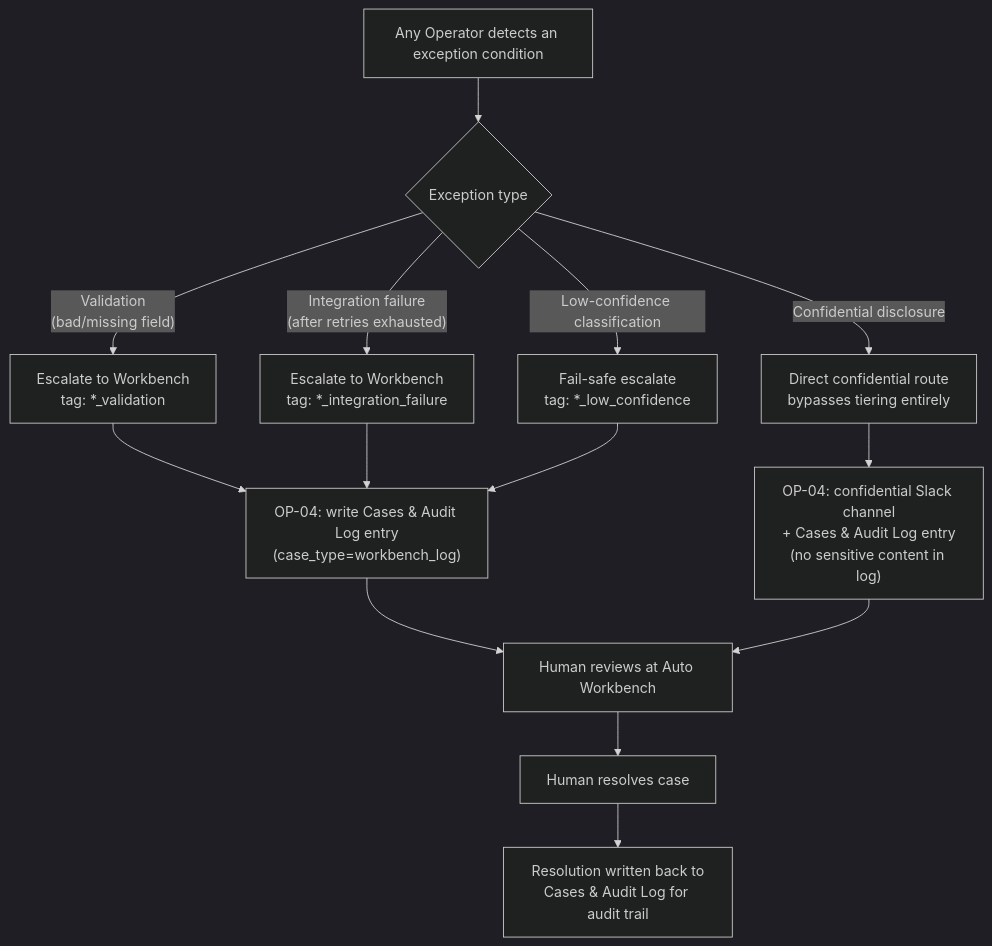
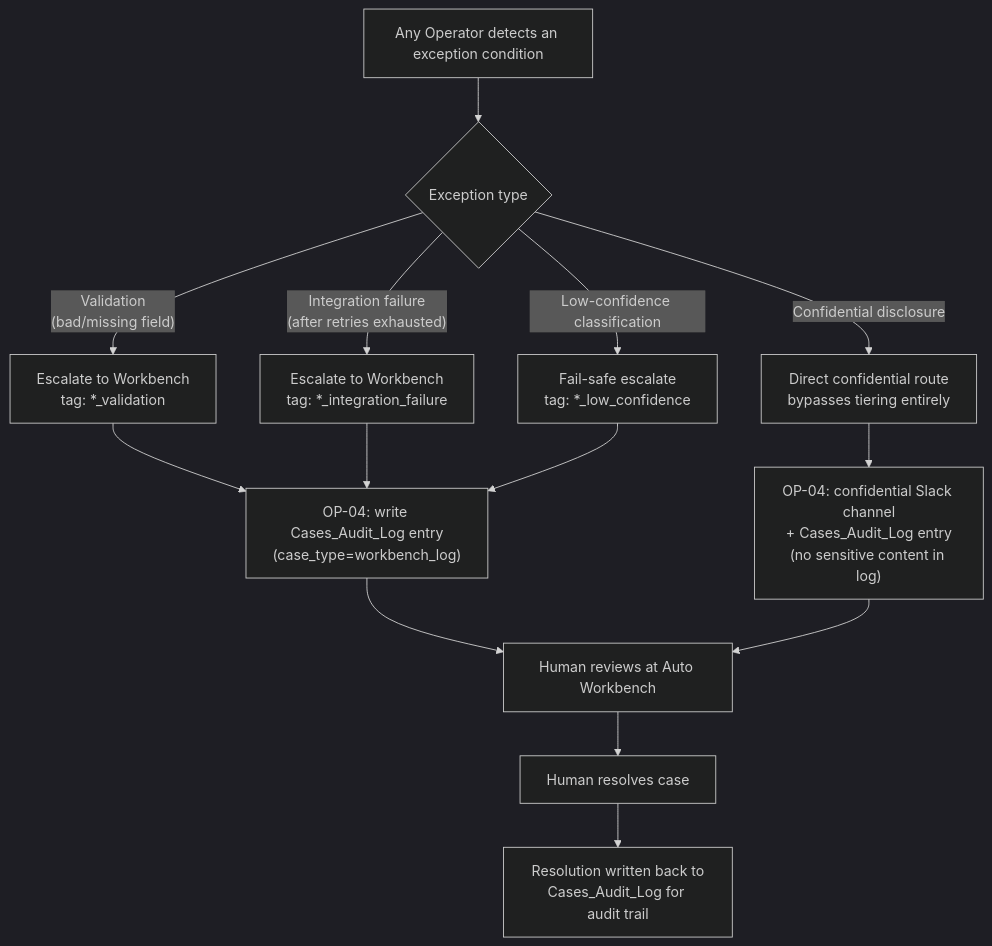
The second of 2 diagrams in docs/DATA_FLOW.md (veinsan/supervity-ai-employee), drawn with Mermaid (dark theme) before and after one commit. The commit also changed other lines of this file and 11 other files, not shown here.

````diff
--- a/docs/DATA_FLOW.md
+++ b/docs/DATA_FLOW.md
@@ -173,18 +173,18 @@
 ```mermaid
 flowchart TD
     START["Any Operator detects an exception condition"] --> TYPE{"Exception type"}
     TYPE -->|"Validation<br/>(bad/missing field)"| ESC1["Escalate to Workbench<br/>tag: *_validation"]
     TYPE -->|"Integration failure<br/>(after retries exhausted)"| ESC2["Escalate to Workbench<br/>tag: *_integration_failure"]
     TYPE -->|"Low-confidence classification"| ESC3["Fail-safe escalate<br/>tag: *_low_confidence"]
     TYPE -->|"Confidential disclosure"| ESC4["Direct confidential route<br/>bypasses tiering entirely"]
 
-    ESC1 --> LOG["OP-04: write Cases & Audit Log entry<br/>(case_type=workbench_log)"]
+    ESC1 --> LOG["OP-04: write Cases_Audit_Log entry<br/>(case_type=workbench_log)"]
     ESC2 --> LOG
     ESC3 --> LOG
-    ESC4 --> CONF["OP-04: confidential Slack channel<br/>+ Cases & Audit Log entry<br/>(no sensitive content in log)"]
+    ESC4 --> CONF["OP-04: confidential Slack channel<br/>+ Cases_Audit_Log entry<br/>(no sensitive content in log)"]
 
     LOG --> WB["Human reviews at Auto Workbench"]
     CONF --> WB
     WB --> RESOLVE["Human resolves case"]
-    RESOLVE --> LOGBACK["Resolution written back to<br/>Cases & Audit Log for audit trail"]
+    RESOLVE --> LOGBACK["Resolution written back to<br/>Cases_Audit_Log for audit trail"]
 ```
````
